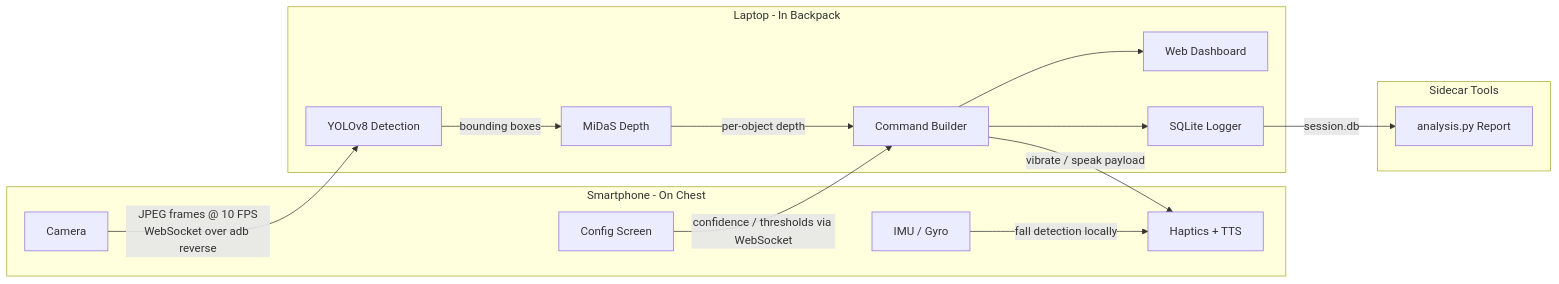
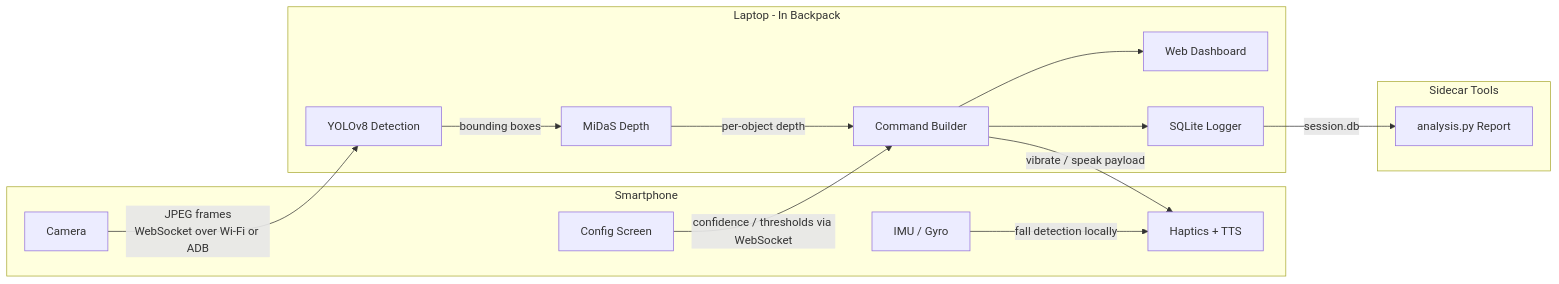
Before and after one commit to waitasecant/nav-assist: the diagram in README.md, drawn with Mermaid. The commit also changed other lines of this file and 6 other files, not shown here.

````diff
--- a/README.md
+++ b/README.md
@@ -19,31 +19,31 @@
 ```mermaid
 graph LR
-    subgraph Phone [Smartphone - On Chest]
+    subgraph Phone [Smartphone]
         CAM[Camera]
         IMU[IMU / Gyro]
         FB[Haptics + TTS]
         CFG[Config Screen]
     end
 
     subgraph PC [Laptop - In Backpack]
         YOLO[YOLOv8 Detection]
         MIDAS[MiDaS Depth]
         CMD[Command Builder]
         DASH[Web Dashboard]
         LOG[SQLite Logger]
     end
 
     subgraph Tools [Sidecar Tools]
         ANA[analysis.py Report]
     end
 
-    CAM -->|JPEG frames @ 10 FPS\nWebSocket over adb reverse| YOLO
+    CAM -->|JPEG frames\nWebSocket over Wi-Fi or ADB| YOLO
     YOLO -->|bounding boxes| MIDAS
     MIDAS -->|per-object depth| CMD
     CMD -->|vibrate / speak payload| FB
     IMU -->|fall detection locally| FB
     CFG -->|confidence / thresholds via WebSocket| CMD
     CMD --> LOG
     CMD --> DASH
     LOG -->|session.db| ANA
 ```
````
